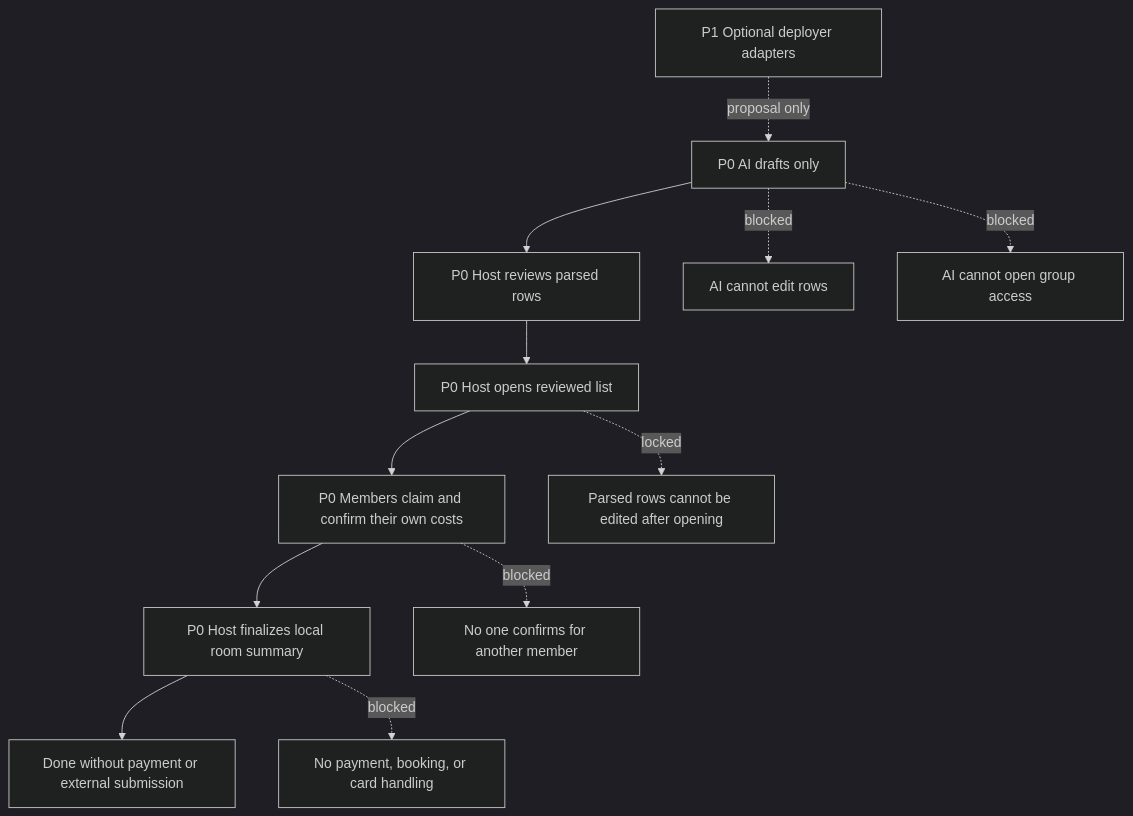
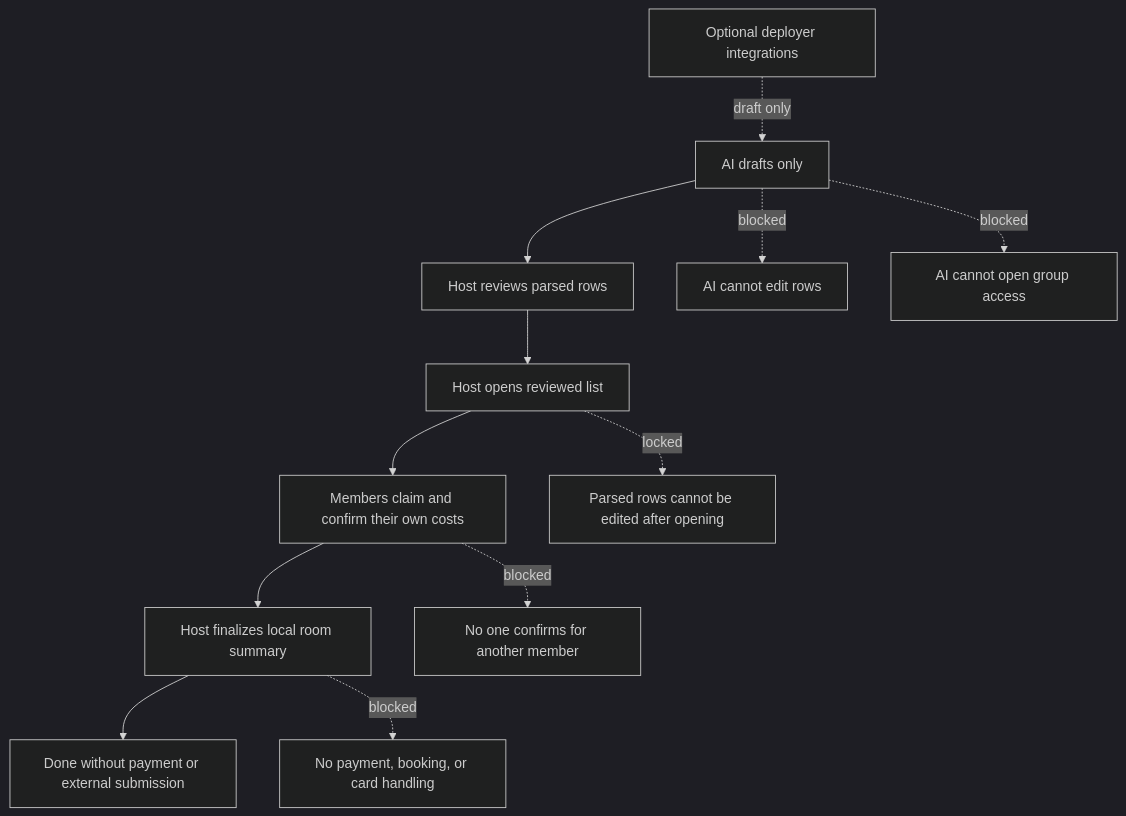
One commit to jiarong0423/shared-room-mcp changed the second of 2 diagrams in README.md. Above: the diagram before and after it, drawn with Mermaid (dark theme). The commit also changed other lines of this file and 10 other files, not shown here.

Commit message:
Polish evidence-backed submission flow

````diff
--- a/README.md
+++ b/README.md
@@ -172,16 +191,16 @@
 ```mermaid
 flowchart TD
-  P0A[P0 AI drafts only] --> P0B[P0 Host reviews parsed rows]
-  P0B --> P0C[P0 Host opens reviewed list]
-  P0C --> P0D[P0 Members claim and confirm their own costs]
-  P0D --> P0E[P0 Host finalizes local room summary]
-  P0E --> DONE[Done without payment or external submission]
+  A[AI drafts only] --> B[Host reviews parsed rows]
+  B --> C[Host opens reviewed list]
+  C --> D[Members claim and confirm their own costs]
+  D --> E[Host finalizes local room summary]
+  E --> DONE[Done without payment or external submission]
 
-  P0A -. blocked .-> X1[AI cannot edit rows]
-  P0A -. blocked .-> X2[AI cannot open group access]
-  P0C -. locked .-> X3[Parsed rows cannot be edited after opening]
-  P0D -. blocked .-> X4[No one confirms for another member]
-  P0E -. blocked .-> X5[No payment, booking, or card handling]
+  A -. blocked .-> X1[AI cannot edit rows]
+  A -. blocked .-> X2[AI cannot open group access]
+  C -. locked .-> X3[Parsed rows cannot be edited after opening]
+  D -. blocked .-> X4[No one confirms for another member]
+  E -. blocked .-> X5[No payment, booking, or card handling]
 
-  P1[P1 Optional deployer adapters] -. proposal only .-> P0A
+  OPTIONAL[Optional deployer integrations] -. draft only .-> A
 ```
````
